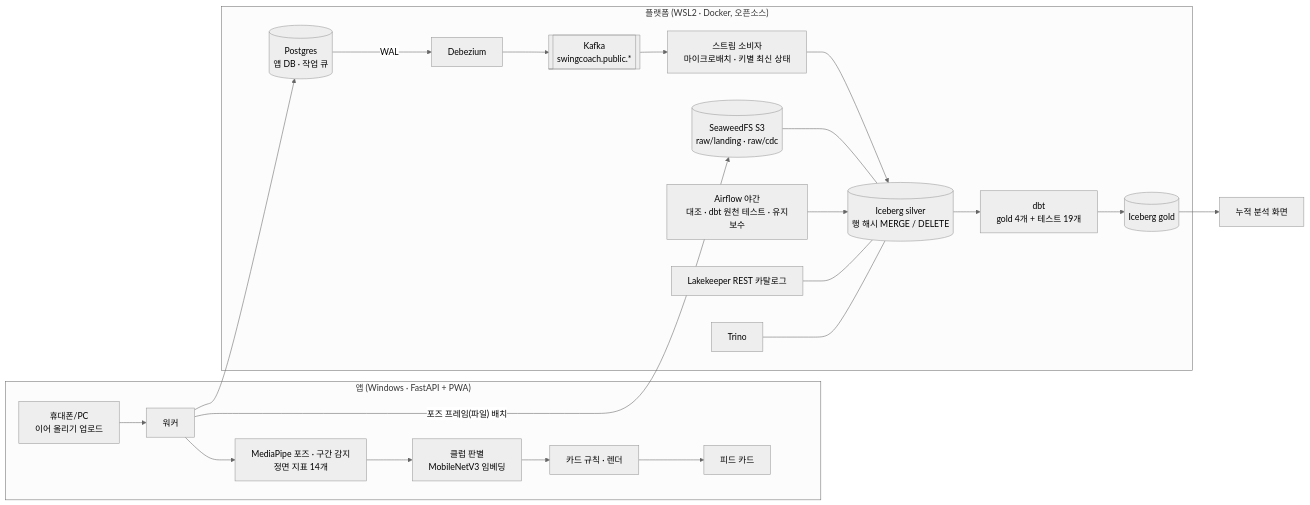
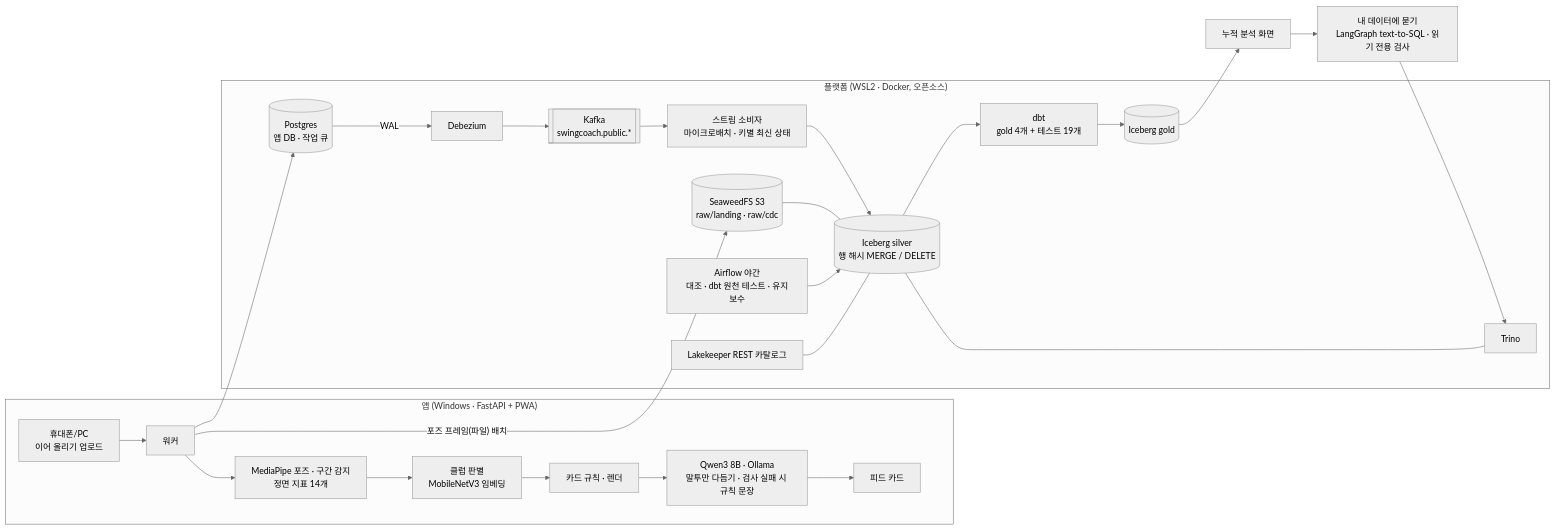
One commit to cgejej-cloud/swing-coach-lakehouse changed the diagram in README.md. Above: the diagram before and after it, drawn with Mermaid (neutral theme). The commit also changed other lines of this file and 15 other files, not shown here.

First line of the commit message:
﻿Add guarded local LLM: card wording polish and text-to-SQL over the lakehouse

````diff
--- a/README.md
+++ b/README.md
@@ -13,25 +13,28 @@
 ```mermaid
 flowchart LR
   subgraph App["앱 (Windows · FastAPI + PWA)"]
     U[휴대폰/PC<br/>이어 올리기 업로드] --> W[워커]
     W --> P[MediaPipe 포즈 · 구간 감지<br/>정면 지표 14개]
     P --> C[클럽 판별<br/>MobileNetV3 임베딩]
     C --> K[카드 규칙 · 렌더]
-    K --> F[피드 카드]
+    K --> LM[Qwen3 8B · Ollama<br/>말투만 다듬기 · 검사 실패 시 규칙 문장]
+    LM --> F[피드 카드]
   end
   subgraph Platform["플랫폼 (WSL2 · Docker, 오픈소스)"]
     PG[(Postgres<br/>앱 DB · 작업 큐)] -- WAL --> DZ[Debezium]
     DZ --> KF[[Kafka<br/>swingcoach.public.*]]
     KF --> ST[스트림 소비자<br/>마이크로배치 · 키별 최신 상태]
     ST --> S[(Iceberg silver<br/>행 해시 MERGE / DELETE)]
     L[(SeaweedFS S3<br/>raw/landing · raw/cdc)] --- S
     S --> DBT[dbt<br/>gold 4개 + 테스트 19개]
     DBT --> G[(Iceberg gold)]
     AF[Airflow 야간<br/>대조 · dbt 원천 테스트 · 유지보수] --> S
     LK[Lakekeeper REST 카탈로그] --- S
     TR[Trino] --- S
   end
   W --> PG
   W -- 포즈 프레임(파일) 배치 --> L
   G --> I[누적 분석 화면]
+  I --> AG[내 데이터에 묻기<br/>LangGraph text-to-SQL · 읽기 전용 검사]
+  AG --> TR
 ```
````
